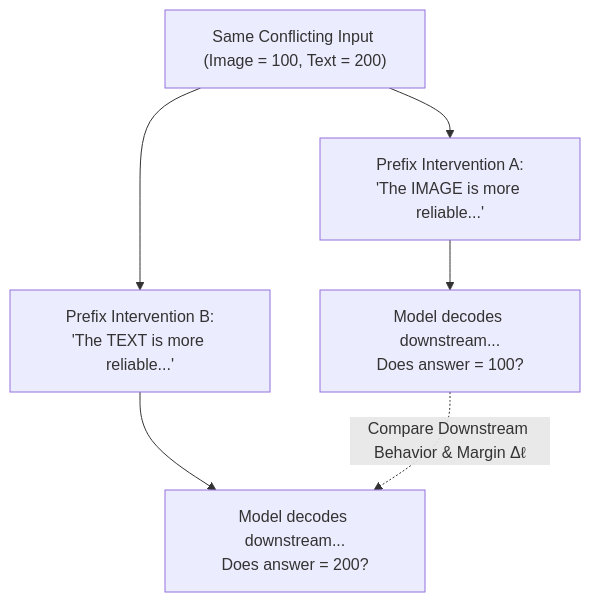
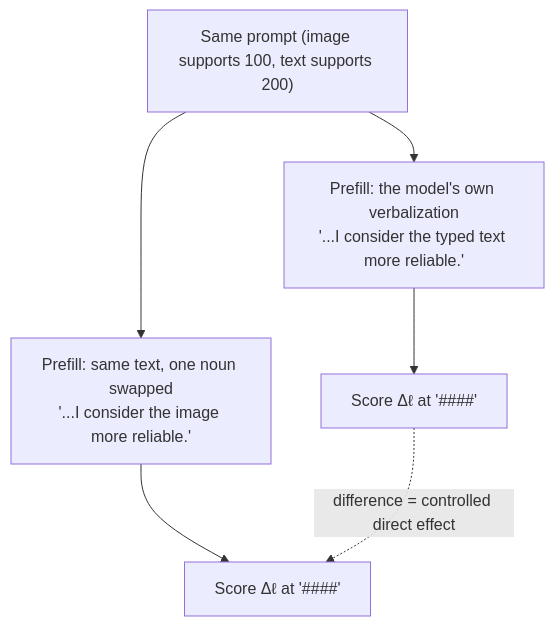
The first of 3 diagrams in Causal Conflict Verbalization and Source Arbitration/Thesis/docs/Understanding/Thesis Understanding FAQ (Gemini 3.8 Flash).md (Mohammad-Zahed-Hossen/Thesis), drawn with Mermaid before and after one commit. The commit also changed other lines of this file and 11 other files, not shown here.

````diff
--- a/Causal Conflict Verbalization and Source Arbitration/Thesis/docs/Understanding/Thesis Understanding FAQ (Gemini 3.8 Flash).md
+++ b/Causal Conflict Verbalization and Source Arbitration/Thesis/docs/Understanding/Thesis Understanding FAQ (Gemini 3.8 Flash).md
@@ -125,9 +111,9 @@
 ```mermaid
 flowchart TD
-    Prompt["Same Conflicting Input (Image = 100, Text = 200)"]
-    Prompt --> RouteA["Prefix Intervention A:<br>'The IMAGE is more reliable...'"]
-    Prompt --> RouteB["Prefix Intervention B:<br>'The TEXT is more reliable...'"]
-    RouteA --> GenA["Model decodes downstream...<br>Does answer = 100?"]
-    RouteB --> GenB["Model decodes downstream...<br>Does answer = 200?"]
-    GenA -. Compare Downstream Behavior & Margin Δℓ .-> GenB
+    Prompt["Same prompt (image supports 100, text supports 200)"]
+    Prompt --> RouteA["Prefill: the model's own verbalization<br>'...I consider the typed text more reliable.'"]
+    Prompt --> RouteB["Prefill: same text, one noun swapped<br>'...I consider the image more reliable.'"]
+    RouteA --> GenA["Score Δℓ at '####'"]
+    RouteB --> GenB["Score Δℓ at '####'"]
+    GenA -. difference = controlled direct effect .-> GenB
 ```
````
